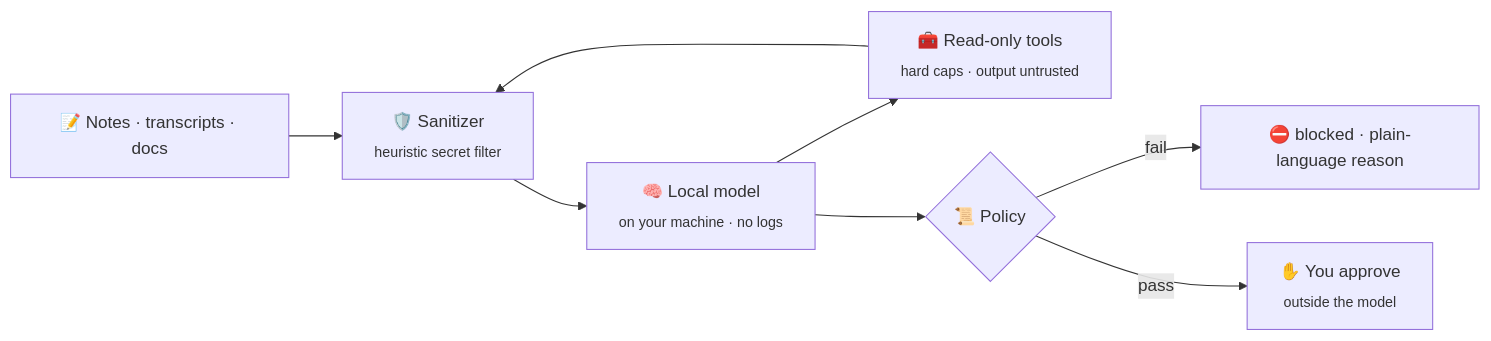
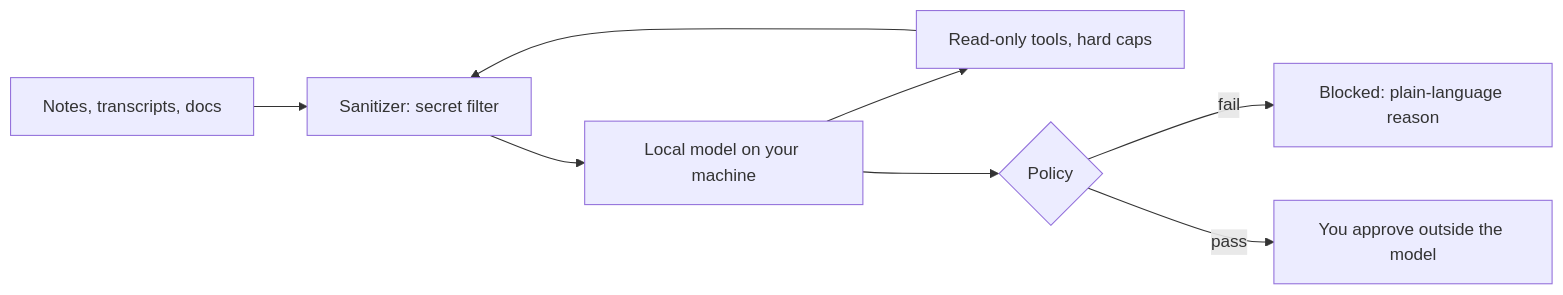
The first of 2 diagrams in README.md (9lordisgod/salomon), drawn with Mermaid before and after one commit. The commit also changed other lines of this file, not shown here.

Commit message:
docs: make README mermaid charts readable on GitHub

````diff
--- a/README.md
+++ b/README.md
@@ -13,10 +13,10 @@
 ```mermaid
 flowchart LR
-  A["📝 Notes · transcripts · docs"] --> B["🛡️ Sanitizer<br/><sub>heuristic secret filter</sub>"]
-  B --> C["🧠 Local model<br/><sub>on your machine · no logs</sub>"]
-  C --> T["🧰 Read-only tools<br/><sub>hard caps · output untrusted</sub>"]
+  A[Notes, transcripts, docs] --> B[Sanitizer: secret filter]
+  B --> C[Local model on your machine]
+  C --> T[Read-only tools, hard caps]
   T --> B
-  C --> P{"📜 Policy"}
-  P -->|fail| X["⛔ blocked · plain-language reason"]
-  P -->|pass| H["✋ You approve<br/><sub>outside the model</sub>"]
+  C --> P{Policy}
+  P -->|fail| X[Blocked: plain-language reason]
+  P -->|pass| H[You approve outside the model]
 ```
````
